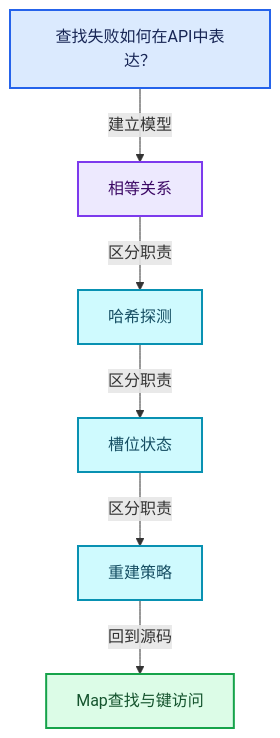
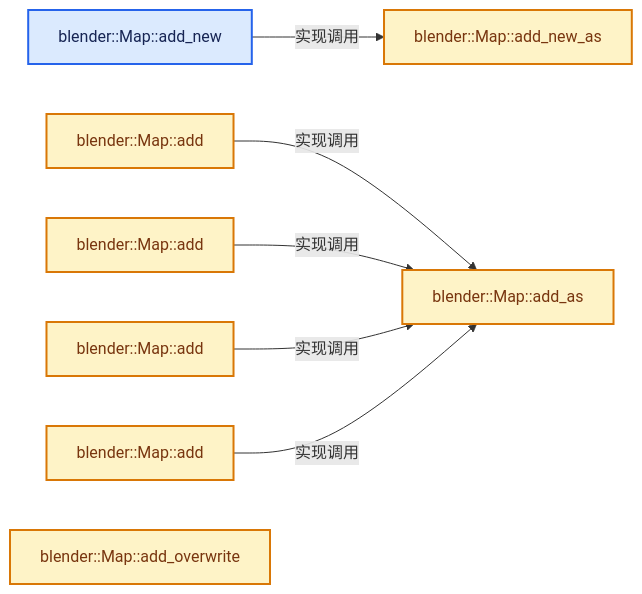
The second of 4 diagrams in 杂/markdown/全面学习-codex/02-哈希表与关联数据结构/04-Map查找与键访问.md (yunkezengren/blender-.vscode), drawn with Mermaid before and after one commit. The commit also changed other lines of this file and 1930 other files, not shown here.

````diff
--- a/杂/markdown/全面学习-codex/02-哈希表与关联数据结构/04-Map查找与键访问.md
+++ b/杂/markdown/全面学习-codex/02-哈希表与关联数据结构/04-Map查找与键访问.md
@@ -60,20 +46,22 @@
 ```mermaid
-flowchart TB
-  Q["查找失败如何在API中表达？"]:::input
-  C0["相等关系"]:::abstraction
-  C1["哈希探测"]:::data
-  C2["槽位状态"]:::data
-  C3["重建策略"]:::data
-  R["Map查找与键访问"]:::result
-  Q -->|"建立模型"| C0
-  C0 -->|"区分职责"| C1
-  C1 -->|"区分职责"| C2
-  C2 -->|"区分职责"| C3
-  C3 -->|"回到源码"| R
+flowchart LR
+  F0["blender::Map::add_new"]:::input
+  F1["blender::Map::add_new_as"]:::compute
+  F2["blender::Map::add"]:::compute
+  F3["blender::Map::add"]:::compute
+  F4["blender::Map::add"]:::compute
+  F5["blender::Map::add"]:::compute
+  F6["blender::Map::add_as"]:::compute
+  F7["blender::Map::add_overwrite"]:::compute
+  F0 -->|"实现调用"| F1
+  F2 -->|"实现调用"| F6
+  F3 -->|"实现调用"| F6
+  F4 -->|"实现调用"| F6
+  F5 -->|"实现调用"| F6
   classDef input fill:#DBEAFE,stroke:#2563EB,color:#172554,stroke-width:2px;
   classDef data fill:#CFFAFE,stroke:#0891B2,color:#164E63,stroke-width:2px;
   classDef abstraction fill:#EDE9FE,stroke:#7C3AED,color:#3B0764,stroke-width:2px;
   classDef compute fill:#FEF3C7,stroke:#D97706,color:#78350F,stroke-width:2px;
   classDef result fill:#DCFCE7,stroke:#16A34A,color:#14532D,stroke-width:2px;
   classDef error fill:#FEE2E2,stroke:#DC2626,color:#7F1D1D,stroke-width:2px;
 ```
````
